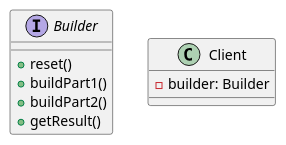
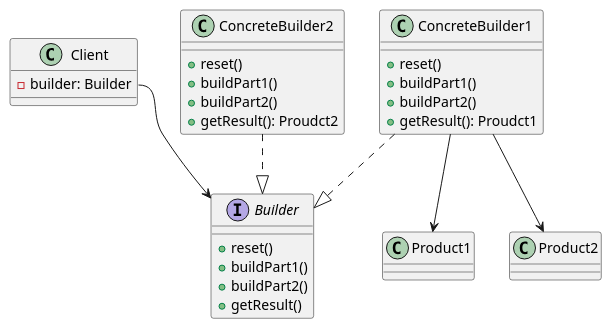
Before and after one commit to Nikolaj9596/BaseKnowledge-: diagram 12 of 12 in Education/Courses/Architecture СЛЕРМ.md, drawn with PlantUML. The commit also changed other lines of this file, not shown here.

Commit message:
vault backup: 2023-12-22 12:34:52

````diff
--- a/Education/Courses/Architecture СЛЕРМ.md
+++ b/Education/Courses/Architecture СЛЕРМ.md
@@ -237,14 +237,35 @@
 ```plantuml
 interface Builder{
 	+ reset()
 	+ buildPart1()
 	+ buildPart2()
 	+ getResult()
 }
 
 class Client{
  - builder: Builder
 }
 
+class ConcreteBuilder1{
+	+ reset()
+	+ buildPart1()
+	+ buildPart2()
+	+ getResult(): Proudct1
+}
 
+class ConcreteBuilder2{
+	+ reset()
+	+ buildPart1()
+	+ buildPart2()
+	+ getResult(): Proudct2
+}
+
+class Product1{}
+class Product2{}
+
+Client::build --> Builder
+ConcreteBuilder1 ..|> Builder
+ConcreteBuilder2 ..|> Builder
+ConcreteBuilder1 --> Product1
+ConcreteBuilder1 --> Product2
 ```
````
